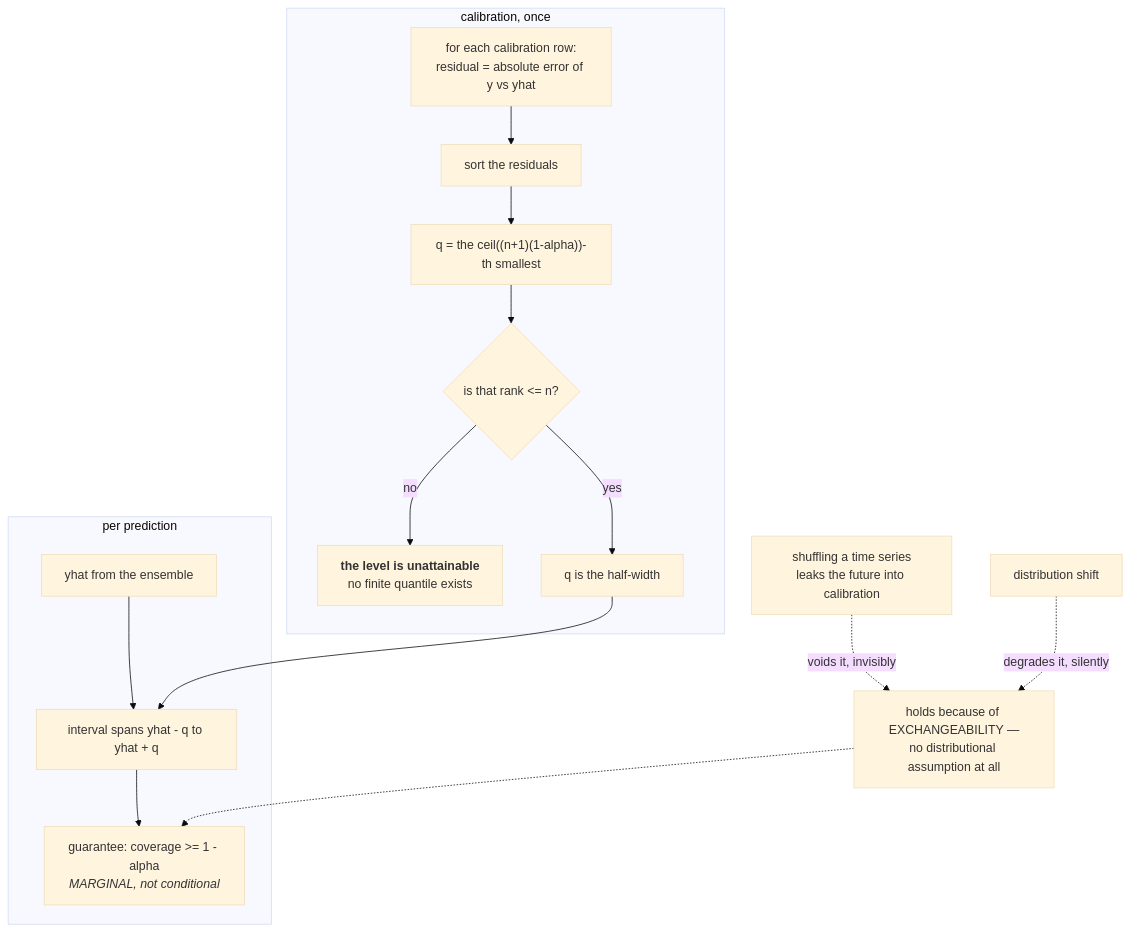
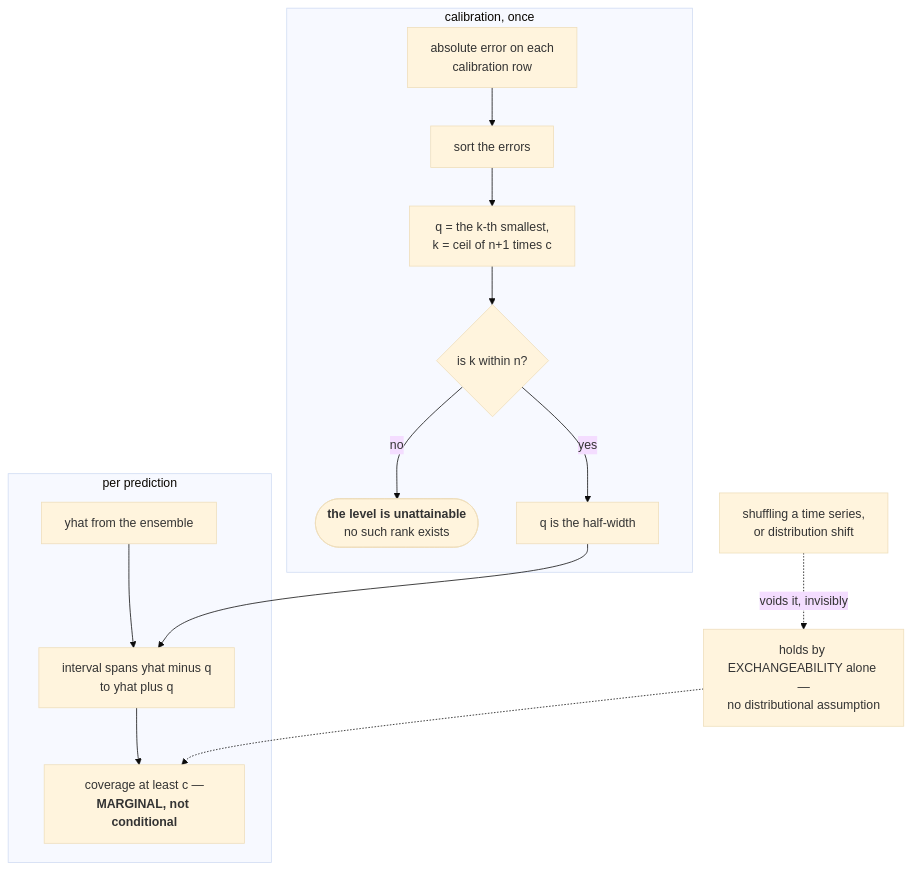
One commit to yrevash/aegis changed the fourth of 5 diagrams in docs/teaching/ml/40-diagrams.md. Above: the diagram before and after it, drawn with Mermaid (base theme). The commit also changed other lines of this file and 111 other files, not shown here.

````diff
--- a/docs/teaching/ml/40-diagrams.md
+++ b/docs/teaching/ml/40-diagrams.md
@@ -96,21 +115,20 @@
 ```mermaid
 flowchart TB
     subgraph CALIB["calibration, once"]
-        C1["for each calibration row:<br/>residual = absolute error of y vs yhat"] --> C2["sort the residuals"]
-        C2 --> C3["q = the ceil((n+1)(1-alpha))-th smallest"]
-        C3 --> C4{"is that rank &lt;= n?"}
-        C4 -->|no| IMP["<b>the level is unattainable</b><br/>no finite quantile exists"]
+        C1["absolute error on each<br/>calibration row"] --> C2["sort the errors"]
+        C2 --> C3["q = the k-th smallest,<br/>k = ceil of n+1 times c"]
+        C3 --> C4{"is k within n?"}
+        C4 -->|no| IMP(["<b>the level is unattainable</b><br/>no such rank exists"])
         C4 -->|yes| OK["q is the half-width"]
     end
 
     subgraph SERVE["per prediction"]
-        S1["yhat from the ensemble"] --> S2["interval spans yhat - q to yhat + q"]
-        S2 --> S3["guarantee: coverage >= 1 - alpha<br/><i>MARGINAL, not conditional</i>"]
+        S1["yhat from the ensemble"] --> S2["interval spans yhat minus q<br/>to yhat plus q"]
+        S2 --> S3["coverage at least c —<br/><b>MARGINAL, not conditional</b>"]
     end
 
     OK --> S2
 
-    EX["holds because of EXCHANGEABILITY —<br/>no distributional assumption at all"] -.-> S3
-    BRK1["shuffling a time series<br/>leaks the future into calibration"] -.->|"voids it, invisibly"| EX
-    BRK2["distribution shift"] -.->|"degrades it, silently"| EX
+    EX["holds by EXCHANGEABILITY alone —<br/>no distributional assumption"] -.-> S3
+    BRK["shuffling a time series,<br/>or distribution shift"] -.->|"voids it, invisibly"| EX
 ```
````
